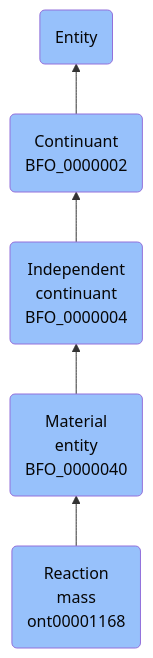
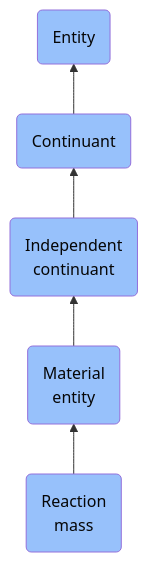
The diagram in docs/ontology/reference/model/Entity/Continuant/Independent continuant/Material entity/Reaction mass/Reaction mass.md (jupyter-naas/abi), drawn with Mermaid before and after one commit. The commit also changed other lines of this file and 1430 other files, not shown here.

````diff
--- a/docs/ontology/reference/model/Entity/Continuant/Independent continuant/Material entity/Reaction mass/Reaction mass.md
+++ b/docs/ontology/reference/model/Entity/Continuant/Independent continuant/Material entity/Reaction mass/Reaction mass.md
@@ -24,12 +24,12 @@
 ```mermaid
 graph BT
-    ont00001168(Reaction<br>mass<br>ont00001168):::BFO-->BFO_0000040
-    BFO_0000040(Material<br>entity<br>BFO_0000040):::BFO-->BFO_0000004
-    BFO_0000004(Independent<br>continuant<br>BFO_0000004):::BFO-->BFO_0000002
-    BFO_0000002(Continuant<br>BFO_0000002):::BFO-->BFO_0000001
+    ont00001168(Reaction<br>mass):::BFO-->BFO_0000040
+    BFO_0000040(Material<br>entity):::BFO-->BFO_0000004
+    BFO_0000004(Independent<br>continuant):::BFO-->BFO_0000002
+    BFO_0000002(Continuant):::BFO-->BFO_0000001
     BFO_0000001(Entity):::BFO
     
     classDef BFO fill:#97c1fb,color:#060606
     classDef CCO fill:#e4c51e,color:#060606
     classDef ABI fill:#48DD82,color:#060606
 ```
````
